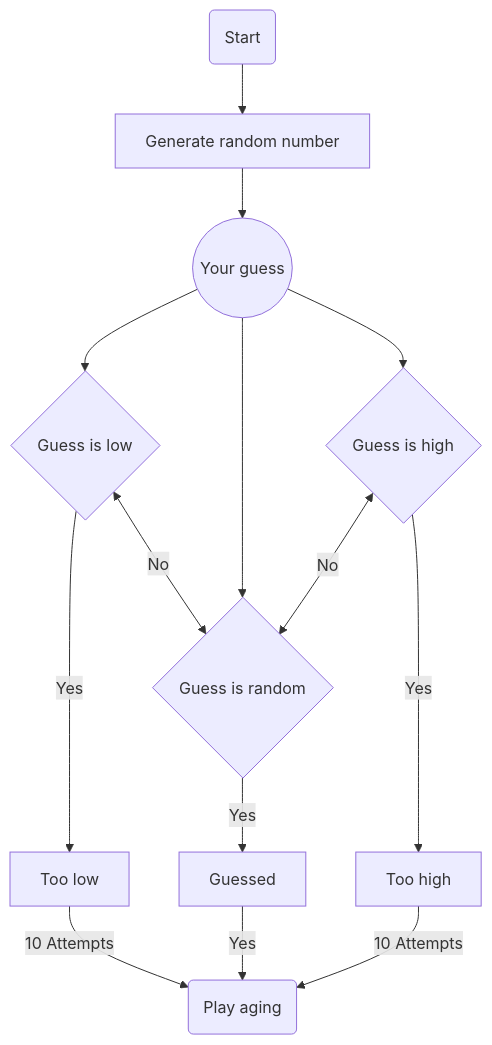
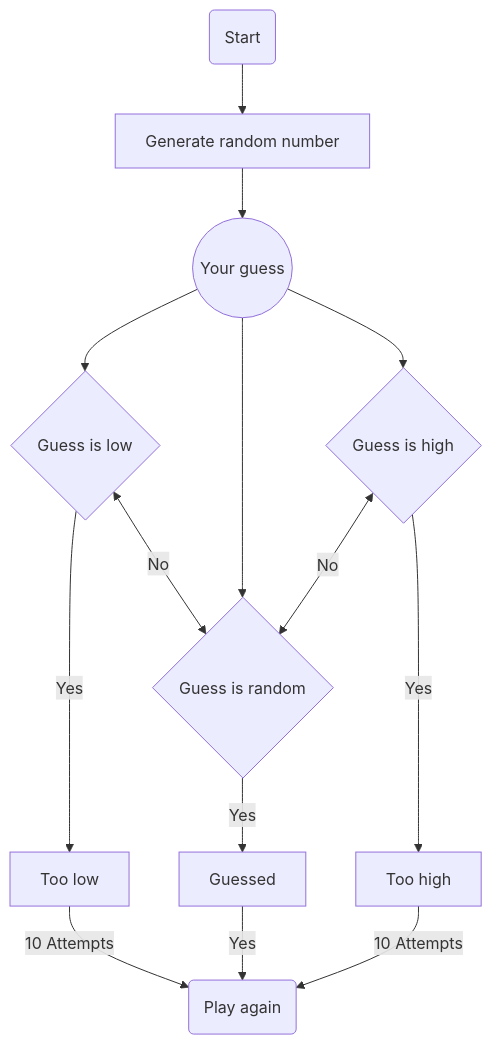
One commit to haithamaouati/GuessTheNumber changed the diagram in README.md. Above: the diagram before and after it, drawn with Mermaid. The commit also changed other lines of this file, not shown here.

````diff
--- a/README.md
+++ b/README.md
@@ -29,15 +30,15 @@
 ```mermaid
 graph TD;
 S(Start)
 S --> R[Generate random number]
 R --> N((Your guess))
 N --> L{Guess is low} -->|Yes| L1[Too low]
 L <-->|No| G{Guess is random}
 N --> G
 G -->|Yes| G1[Guessed]
 H <-->|No| G
 N --> H{Guess is high} -->|Yes| H1[Too high]
-G1 -->|Yes| P(Play aging)
+G1 -->|Yes| P(Play again)
 H1 -->|10 Attempts| P
 L1 -->|10 Attempts| P
 ```
````
